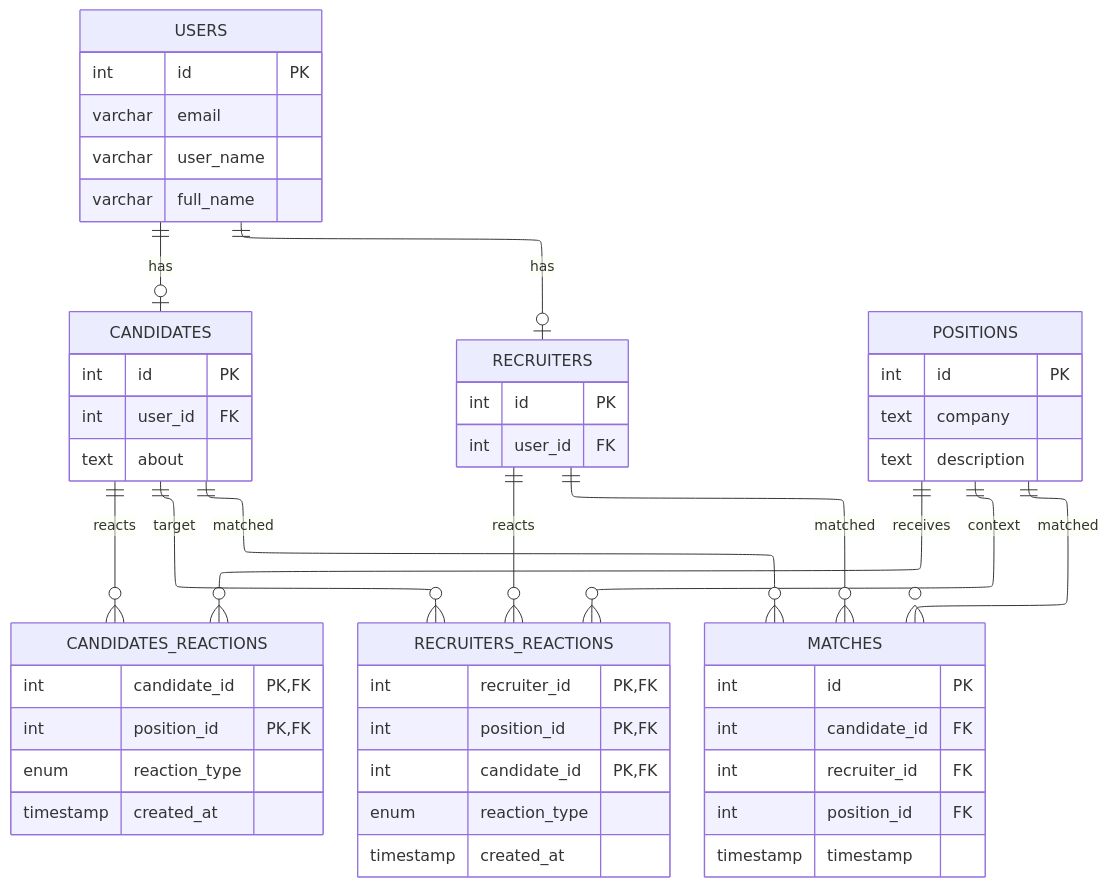
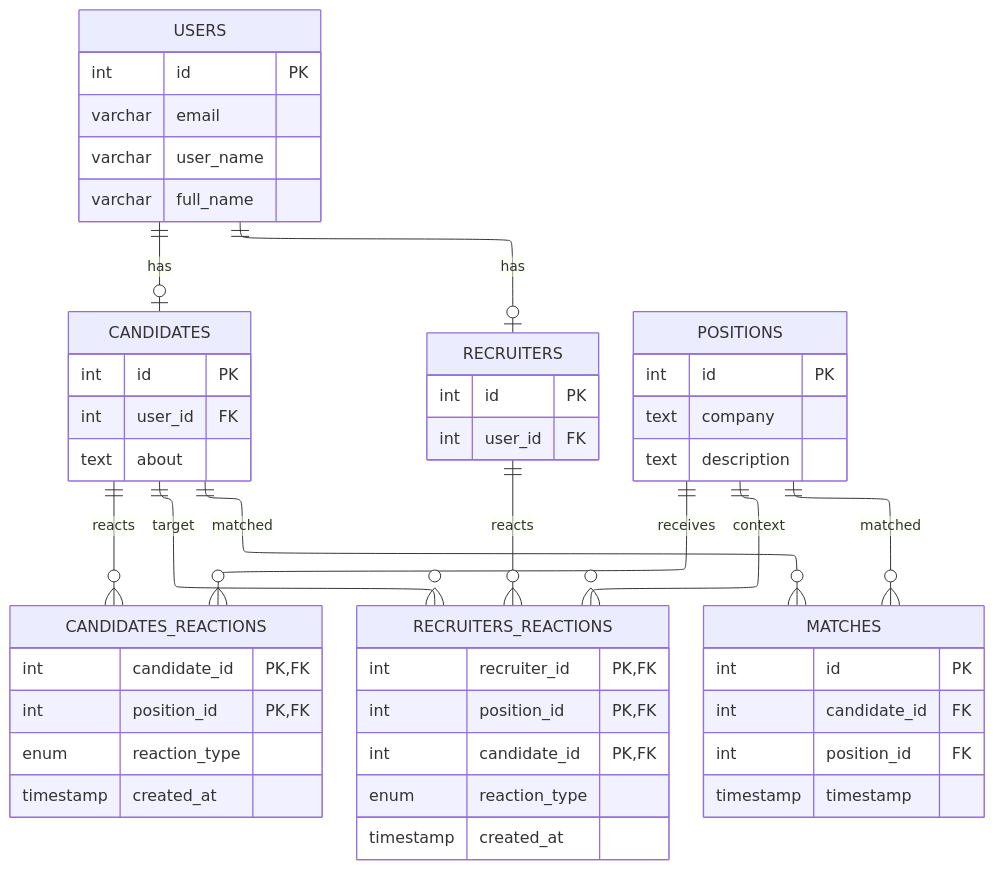
The diagram in docs/architecture.md (akvachan/hirevec-core), drawn with Mermaid before and after one commit. The commit also changed other lines of this file, not shown here.

Commit message:
[Docs] Remove recruiter from matches table (just docs)

````diff
--- a/docs/architecture.md
+++ b/docs/architecture.md
@@ -59,67 +57,65 @@
 ```mermaid
 ---
 config:
   layout: elk
 ---
 erDiagram
 
     USERS {
         int id PK
         varchar email
         varchar user_name
         varchar full_name
     }
 
     CANDIDATES {
         int id PK
         int user_id FK
         text about
     }
 
     RECRUITERS {
         int id PK
         int user_id FK
     }
 
     POSITIONS {
         int id PK
         text company
         text description
     }
 
     CANDIDATES_REACTIONS {
         int candidate_id PK, FK
         int position_id PK, FK
         enum reaction_type
         timestamp created_at
     }
 
     RECRUITERS_REACTIONS {
         int recruiter_id PK, FK
         int position_id PK, FK
         int candidate_id PK, FK
         enum reaction_type
         timestamp created_at
     }
 
     MATCHES {
         int id PK
         int candidate_id FK
-        int recruiter_id FK
         int position_id FK
         timestamp timestamp
     }
     USERS ||--o| CANDIDATES : "has"
     USERS ||--o| RECRUITERS : "has"
 
     CANDIDATES ||--o{ CANDIDATES_REACTIONS : "reacts"
     POSITIONS  ||--o{ CANDIDATES_REACTIONS : "receives"
 
     RECRUITERS ||--o{ RECRUITERS_REACTIONS : "reacts"
     POSITIONS  ||--o{ RECRUITERS_REACTIONS : "context"
     CANDIDATES ||--o{ RECRUITERS_REACTIONS : "target"
 
     CANDIDATES ||--o{ MATCHES : "matched"
-    RECRUITERS ||--o{ MATCHES : "matched"
     POSITIONS  ||--o{ MATCHES : "matched"
 ```
````
